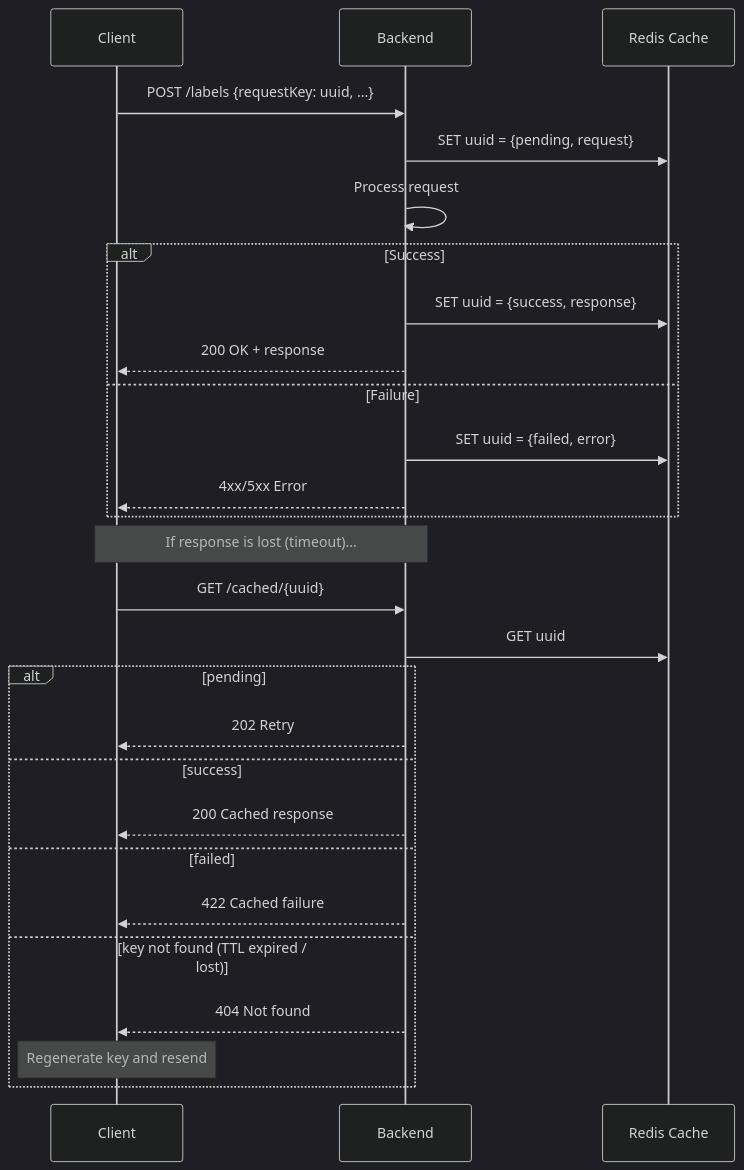
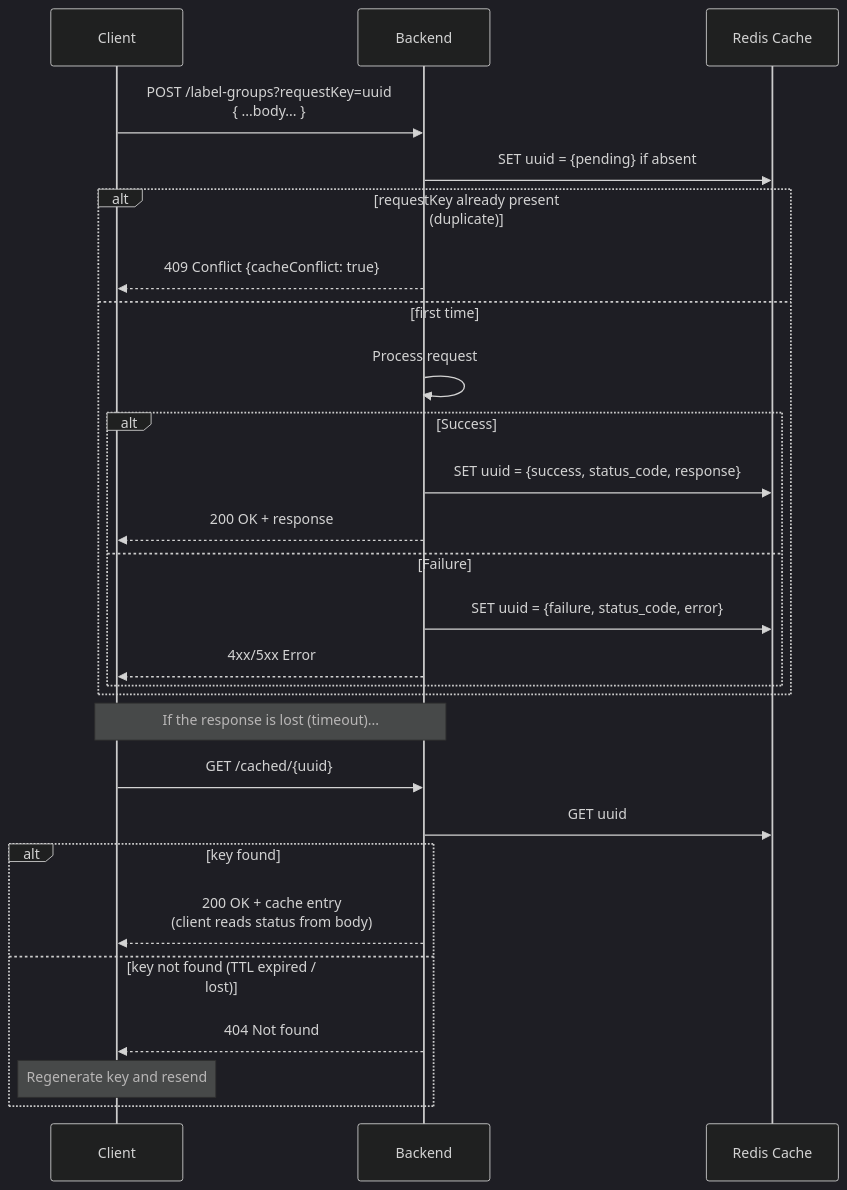
Before and after one commit to lzguan/noveltl: the second of 2 diagrams in docs/editor/backend.md, drawn with Mermaid. The commit also changed other lines of this file and 1 other file, not shown here.

````diff
--- a/docs/editor/backend.md
+++ b/docs/editor/backend.md
@@ -164,32 +172,32 @@
 ```mermaid
 %%{init: {'theme': 'dark', 'themeVariables': { 'primaryColor': '#1e293b', 'primaryTextColor': '#e2e8f0', 'primaryBorderColor': '#334155', 'lineColor': '#94a3b8', 'secondaryColor': '#0f172a', 'tertiaryColor': '#1e293b'}}}%%
 sequenceDiagram
     participant C as Client
     participant B as Backend
     participant R as Redis Cache
 
-    C->>B: POST /labels {requestKey: uuid, ...}
-    B->>R: SET uuid = {pending, request}
-    B->>B: Process request
-    alt Success
-        B->>R: SET uuid = {success, response}
-        B-->>C: 200 OK + response
-    else Failure
-        B->>R: SET uuid = {failed, error}
-        B-->>C: 4xx/5xx Error
+    C->>B: POST /label-groups?requestKey=uuid<br/>{ ...body... }
+    B->>R: SET uuid = {pending} if absent
+    alt requestKey already present (duplicate)
+        B-->>C: 409 Conflict {cacheConflict: true}
+    else first time
+        B->>B: Process request
+        alt Success
+            B->>R: SET uuid = {success, status_code, response}
+            B-->>C: 200 OK + response
+        else Failure
+            B->>R: SET uuid = {failure, status_code, error}
+            B-->>C: 4xx/5xx Error
+        end
     end
 
-    Note over C,B: If response is lost (timeout)...
+    Note over C,B: If the response is lost (timeout)...
     C->>B: GET /cached/{uuid}
     B->>R: GET uuid
-    alt pending
-        B-->>C: 202 Retry
-    else success
-        B-->>C: 200 Cached response
-    else failed
-        B-->>C: 422 Cached failure
+    alt key found
+        B-->>C: 200 OK + cache entry<br/>(client reads status from body)
     else key not found (TTL expired / lost)
         B-->>C: 404 Not found
         Note over C: Regenerate key and resend
     end
 ```
````
